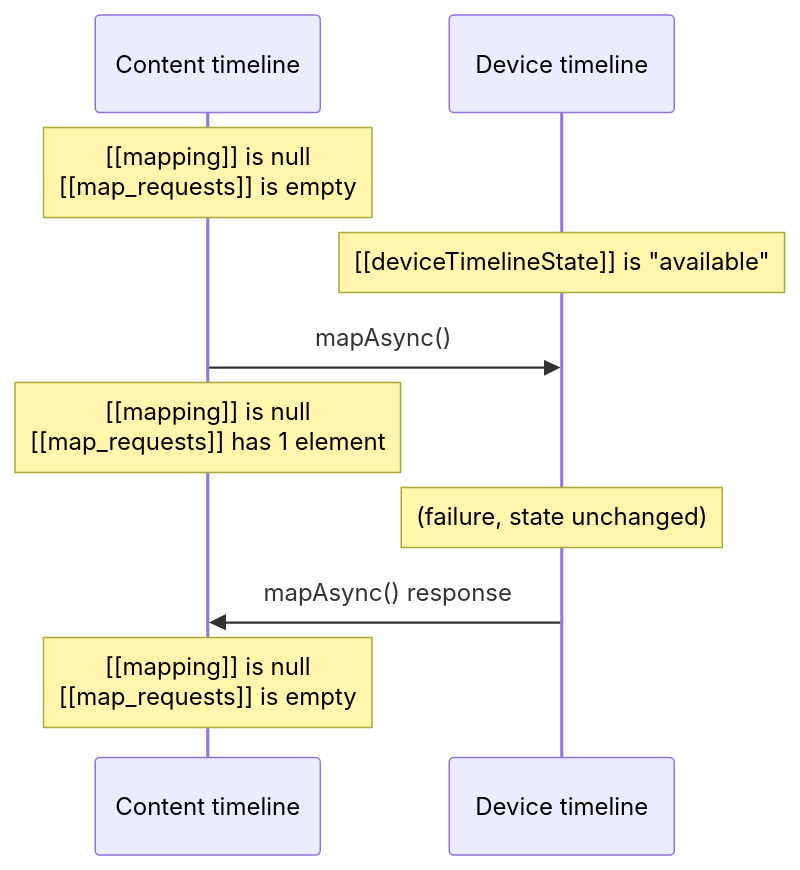
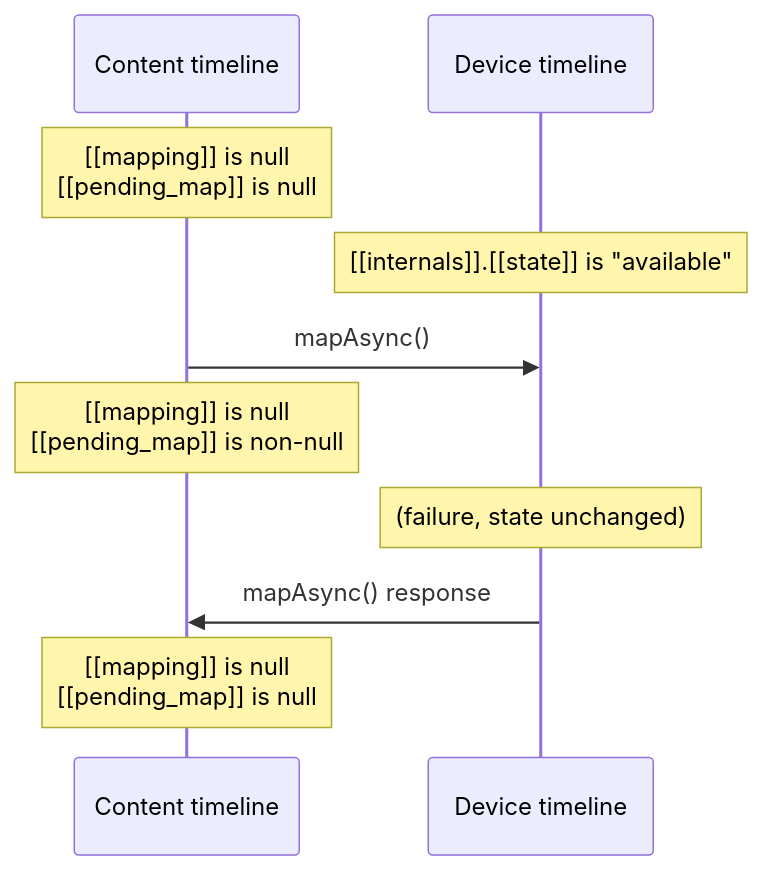
One commit to gpuweb/gpuweb changed the diagram in spec/diagrams/buffer-map-failure.mmd. Above: the diagram before and after it, drawn with Mermaid. The commit also changed 4 other files, not shown here.

```diff
--- a/spec/diagrams/buffer-map-failure.mmd
+++ b/spec/diagrams/buffer-map-failure.mmd
@@ -1,8 +1,8 @@
 sequenceDiagram
-    Note over Content timeline: [[mapping]] is null<br>[[map_requests]] is empty
-    Note over Device timeline: [[deviceTimelineState]] is "available"
+    Note over Content timeline: [[mapping]] is null<br>[[pending_map]] is null
+    Note over Device timeline: [[internals]].[[state]] is "available"
     Content timeline ->> Device timeline: mapAsync()
-    Note over Content timeline: [[mapping]] is null<br>[[map_requests]] has 1 element
+    Note over Content timeline: [[mapping]] is null<br>[[pending_map]] is non-null
     Note over Device timeline: (failure, state unchanged)
     Device timeline ->> Content timeline: mapAsync() response
-    Note over Content timeline: [[mapping]] is null<br>[[map_requests]] is empty
+    Note over Content timeline: [[mapping]] is null<br>[[pending_map]] is null
```
